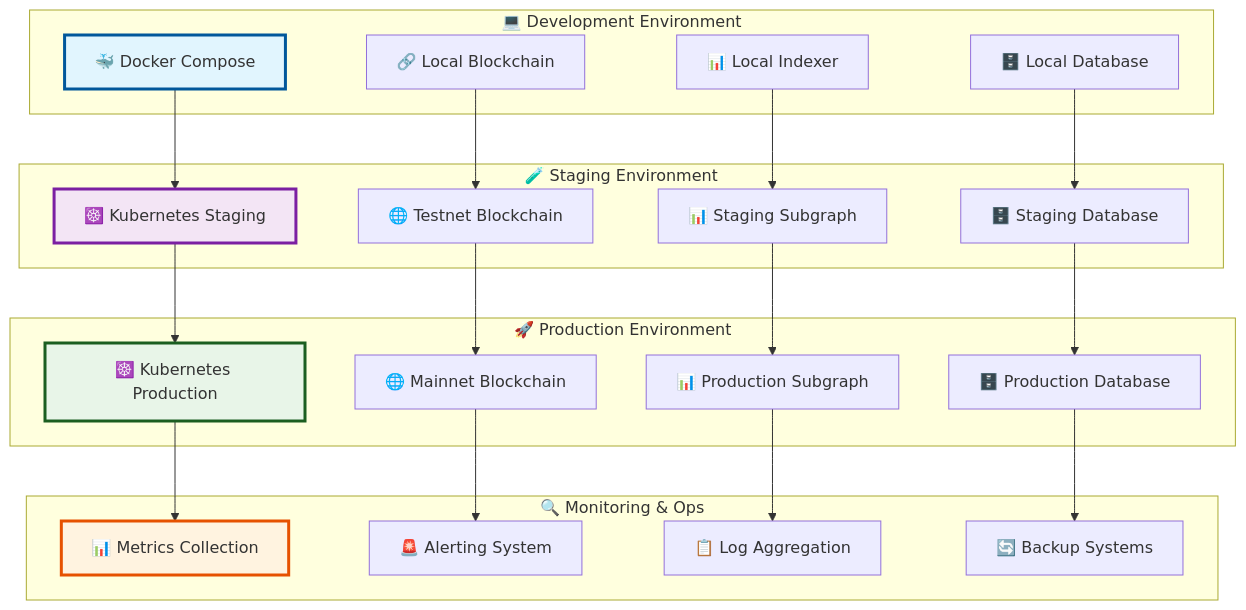
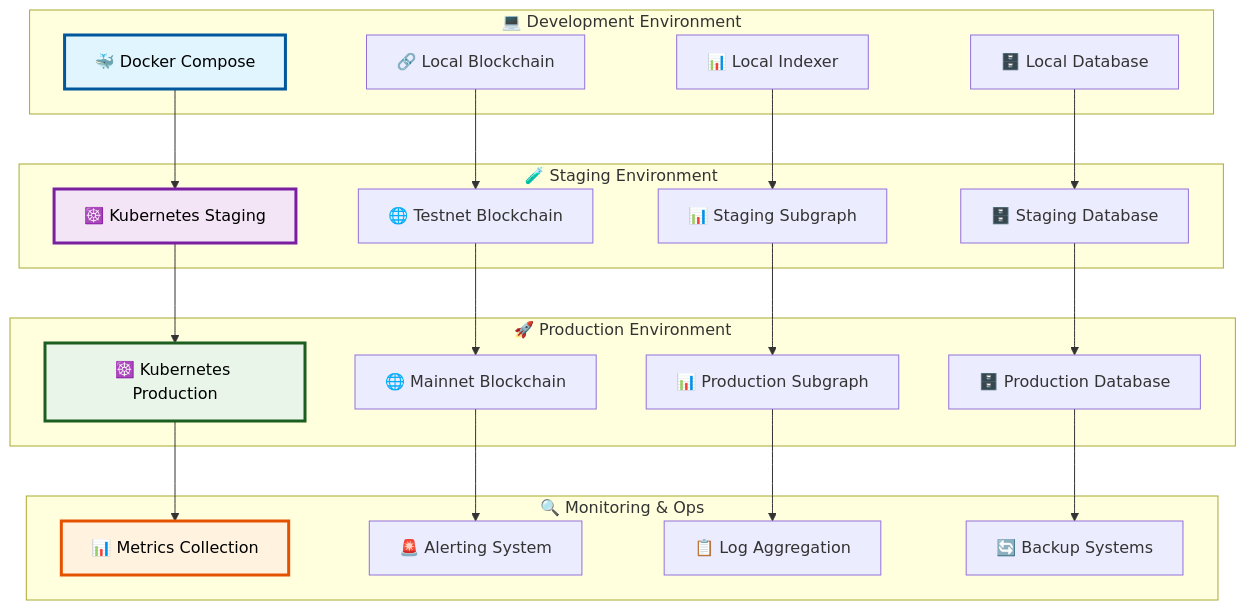
One commit to settlemint/asset-tokenization-kit changed the first of 7 diagrams in designdocs/15-deployment-operations.md. Above: the diagram before and after it, drawn with Mermaid. The commit also changed other lines of this file and 18 other files, not shown here.

````diff
--- a/designdocs/15-deployment-operations.md
+++ b/designdocs/15-deployment-operations.md
@@ -9,48 +9,48 @@
 ```mermaid
 graph TB
     subgraph "💻 Development Environment"
         A[🐳 Docker Compose]
         B[🔗 Local Blockchain]
         C[📊 Local Indexer]
         D[🗄️ Local Database]
     end
     
     subgraph "🧪 Staging Environment"
         E[☸️ Kubernetes Staging]
         F[🌐 Testnet Blockchain]
         G[📊 Staging Subgraph]
         H[🗄️ Staging Database]
     end
     
     subgraph "🚀 Production Environment"
         I[☸️ Kubernetes Production]
         J[🌐 Mainnet Blockchain]
         K[📊 Production Subgraph]
         L[🗄️ Production Database]
     end
     
     subgraph "🔍 Monitoring & Ops"
         M[📊 Metrics Collection]
         N[🚨 Alerting System]
         O[📋 Log Aggregation]
         P[🔄 Backup Systems]
     end
     
     A --> E
     B --> F
     C --> G
     D --> H
     E --> I
     F --> J
     G --> K
     H --> L
     I --> M
     J --> N
     K --> O
     L --> P
     
-    style A fill:#e1f5fe,stroke:#01579b,stroke-width:3px
-    style E fill:#f3e5f5,stroke:#7b1fa2,stroke-width:3px
-    style I fill:#e8f5e8,stroke:#1b5e20,stroke-width:3px
-    style M fill:#fff3e0,stroke:#e65100,stroke-width:3px
+    style A fill:#e1f5fe,stroke:#01579b,color:#000000,stroke-width:3px
+    style E fill:#f3e5f5,stroke:#7b1fa2,color:#000000,stroke-width:3px
+    style I fill:#e8f5e8,stroke:#1b5e20,color:#000000,stroke-width:3px
+    style M fill:#fff3e0,stroke:#e65100,color:#000000,stroke-width:3px
 ```
````
